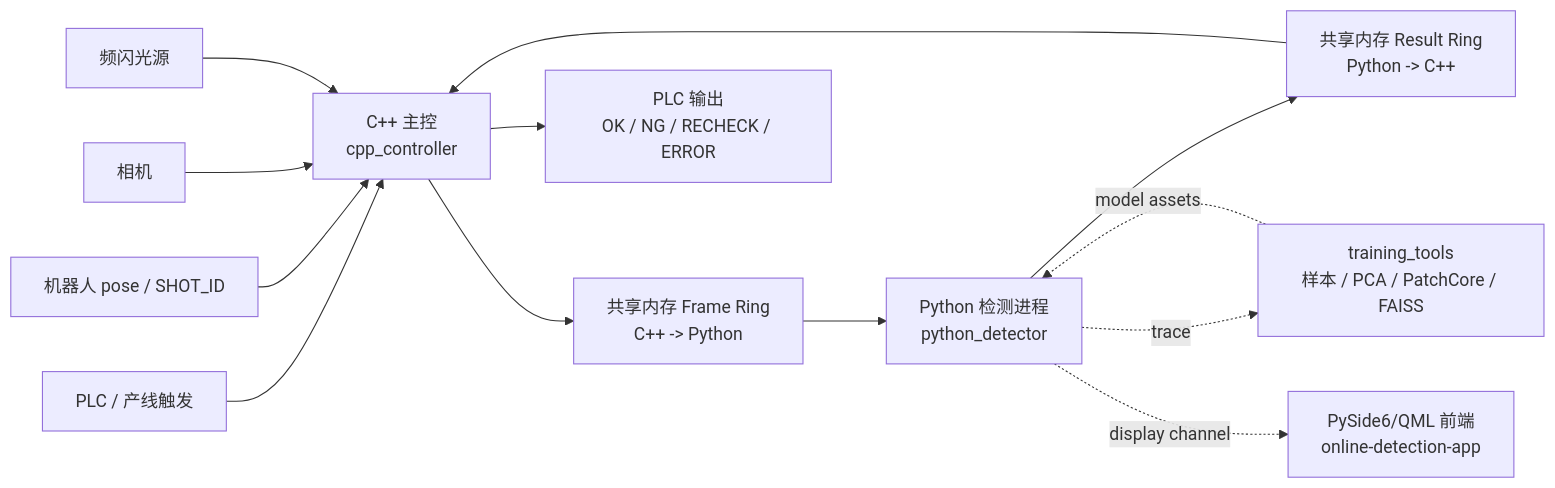
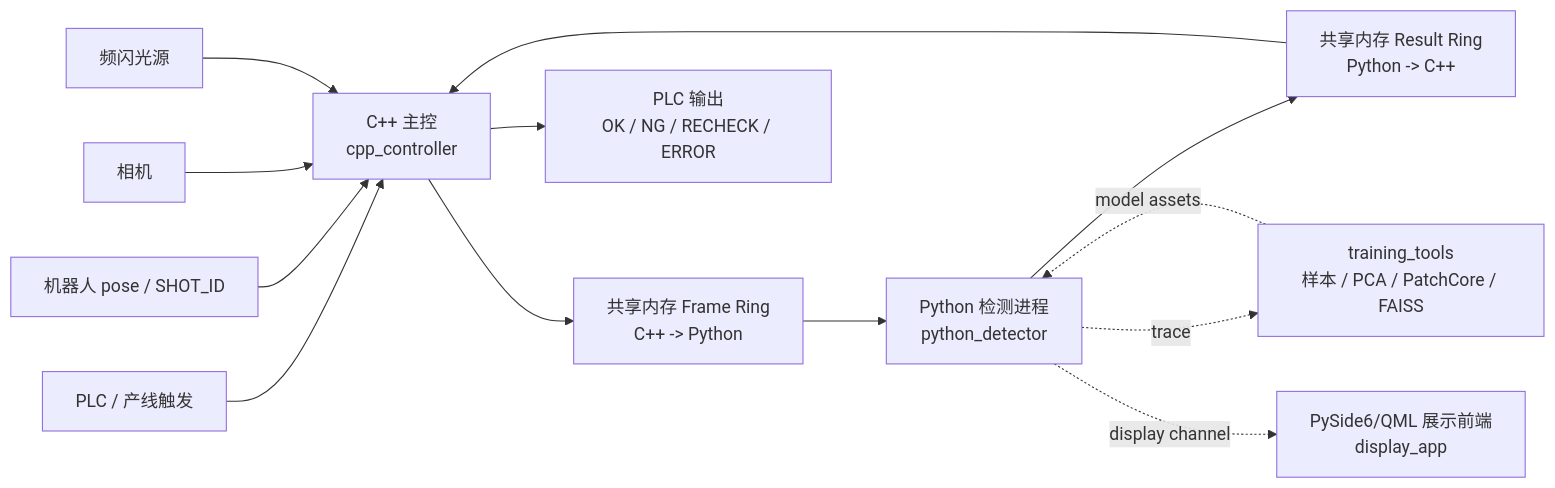
One commit to celien99/seat-surface-aoi changed the diagram in README.md. Above: the diagram before and after it, drawn with Mermaid. The commit also changed other lines of this file and 33 other files, not shown here.

Commit message:
feat(display): ✨ 迁移 PySide6 展示前端

````diff
--- a/README.md
+++ b/README.md
@@ -54,17 +54,17 @@
 ```mermaid
 flowchart LR
   PLC["PLC / 产线触发"] --> CXX["C++ 主控<br/>cpp_controller"]
   Robot["机器人 pose / SHOT_ID"] --> CXX
   Camera["相机"] --> CXX
   Light["频闪光源"] --> CXX
 
   CXX --> FrameRing["共享内存 Frame Ring<br/>C++ -> Python"]
   FrameRing --> PY["Python 检测进程<br/>python_detector"]
   PY --> ResultRing["共享内存 Result Ring<br/>Python -> C++"]
   ResultRing --> CXX
   CXX --> Decision["PLC 输出<br/>OK / NG / RECHECK / ERROR"]
 
   PY -. trace .-> Training["training_tools<br/>样本 / PCA / PatchCore / FAISS"]
   Training -. model assets .-> PY
-  PY -. display channel .-> UI["PySide6/QML 前端<br/>online-detection-app"]
+  PY -. display channel .-> UI["PySide6/QML 展示前端<br/>display_app"]
 ```
````
